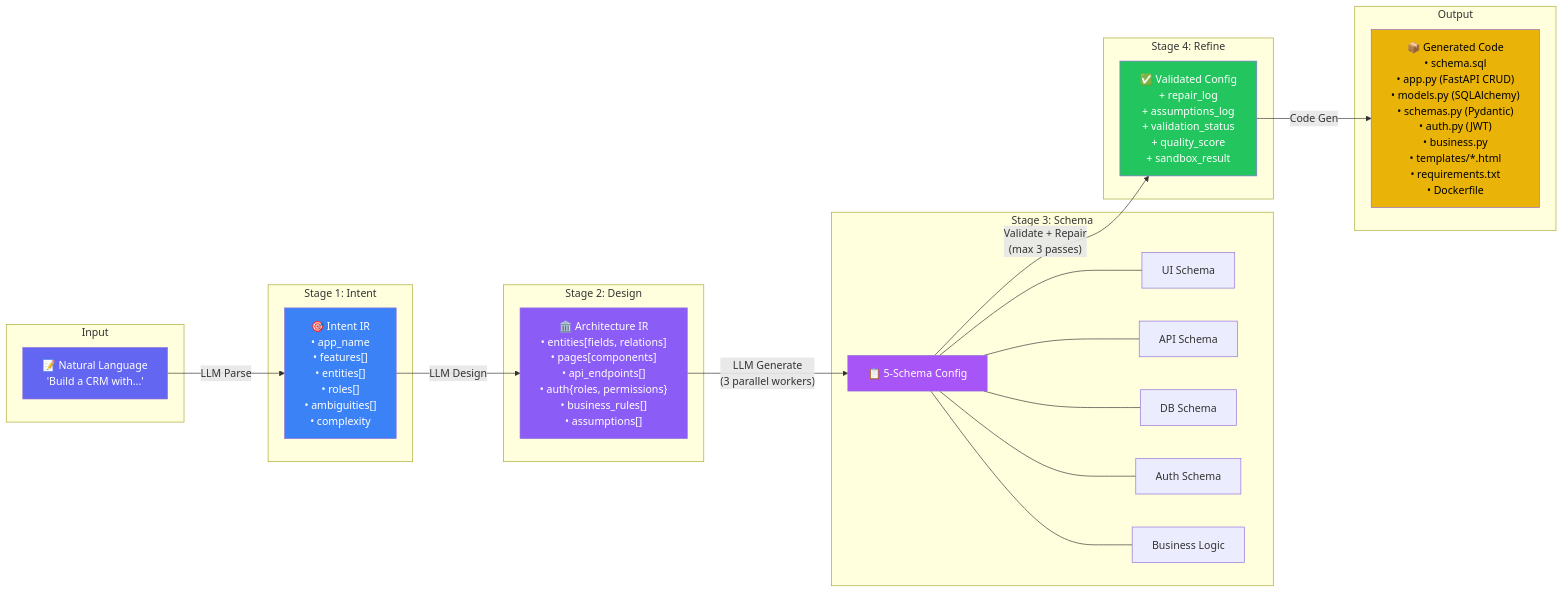
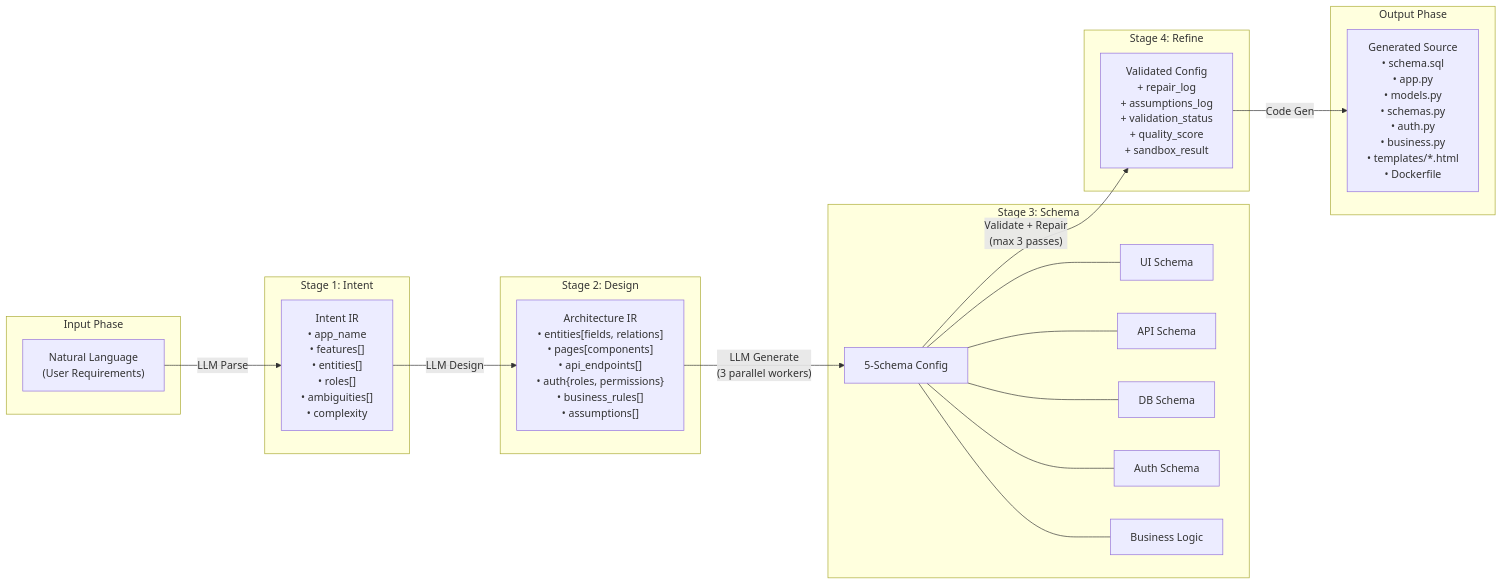
One commit to notsooamit/app-compiler changed the second of 19 diagrams in SOFTWARE_ARCHITECTURE.md. Above: the diagram before and after it, drawn with Mermaid. The commit also changed other lines of this file and 2 other files, not shown here.

````diff
--- a/SOFTWARE_ARCHITECTURE.md
+++ b/SOFTWARE_ARCHITECTURE.md
@@ -135,45 +128,38 @@
 ```mermaid
 flowchart LR
-    subgraph "Input"
-        NL["📝 Natural Language<br/>'Build a CRM with...'"]
+    subgraph "Input Phase"
+        NL["Natural Language<br/>(User Requirements)"]
     end
 
     subgraph "Stage 1: Intent"
-        IR1["🎯 Intent IR<br/>• app_name<br/>• features[]<br/>• entities[]<br/>• roles[]<br/>• ambiguities[]<br/>• complexity"]
+        IR1["Intent IR<br/>• app_name<br/>• features[]<br/>• entities[]<br/>• roles[]<br/>• ambiguities[]<br/>• complexity"]
     end
 
     subgraph "Stage 2: Design"
-        IR2["🏛️ Architecture IR<br/>• entities[fields, relations]<br/>• pages[components]<br/>• api_endpoints[]<br/>• auth{roles, permissions}<br/>• business_rules[]<br/>• assumptions[]"]
+        IR2["Architecture IR<br/>• entities[fields, relations]<br/>• pages[components]<br/>• api_endpoints[]<br/>• auth{roles, permissions}<br/>• business_rules[]<br/>• assumptions[]"]
     end
 
     subgraph "Stage 3: Schema"
-        CFG["📋 5-Schema Config"]
+        CFG["5-Schema Config"]
         UI_S["UI Schema"]
         API_S["API Schema"]
         DB_S["DB Schema"]
         AUTH_S["Auth Schema"]
         BL_S["Business Logic"]
     end
 
     subgraph "Stage 4: Refine"
-        FINAL["✅ Validated Config<br/>+ repair_log<br/>+ assumptions_log<br/>+ validation_status<br/>+ quality_score<br/>+ sandbox_result"]
+        FINAL["Validated Config<br/>+ repair_log<br/>+ assumptions_log<br/>+ validation_status<br/>+ quality_score<br/>+ sandbox_result"]
     end
 
-    subgraph "Output"
-        CODE["📦 Generated Code<br/>• schema.sql<br/>• app.py (FastAPI CRUD)<br/>• models.py (SQLAlchemy)<br/>• schemas.py (Pydantic)<br/>• auth.py (JWT)<br/>• business.py<br/>• templates/*.html<br/>• requirements.txt<br/>• Dockerfile"]
+    subgraph "Output Phase"
+        CODE["Generated Source<br/>• schema.sql<br/>• app.py<br/>• models.py<br/>• schemas.py<br/>• auth.py<br/>• business.py<br/>• templates/*.html<br/>• Dockerfile"]
     end
 
     NL -->|"LLM Parse"| IR1
     IR1 -->|"LLM Design"| IR2
     IR2 -->|"LLM Generate<br/>(3 parallel workers)"| CFG
     CFG --- UI_S & API_S & DB_S & AUTH_S & BL_S
     CFG -->|"Validate + Repair<br/>(max 3 passes)"| FINAL
     FINAL -->|"Code Gen"| CODE
-
-    style NL fill:#6366f1,color:#fff
-    style IR1 fill:#3b82f6,color:#fff
-    style IR2 fill:#8b5cf6,color:#fff
-    style CFG fill:#a855f7,color:#fff
-    style FINAL fill:#22c55e,color:#fff
-    style CODE fill:#eab308,color:#000
 ```
````
